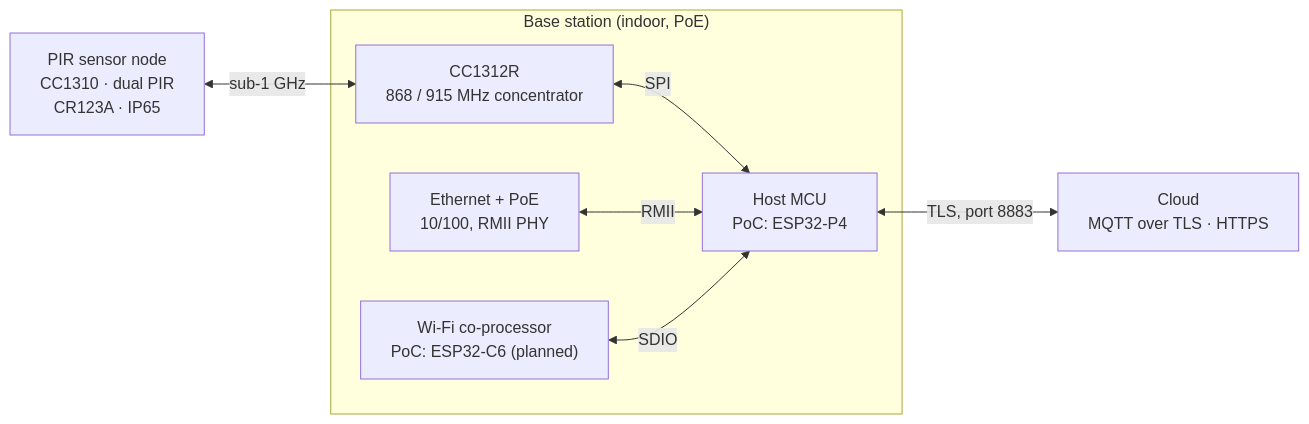
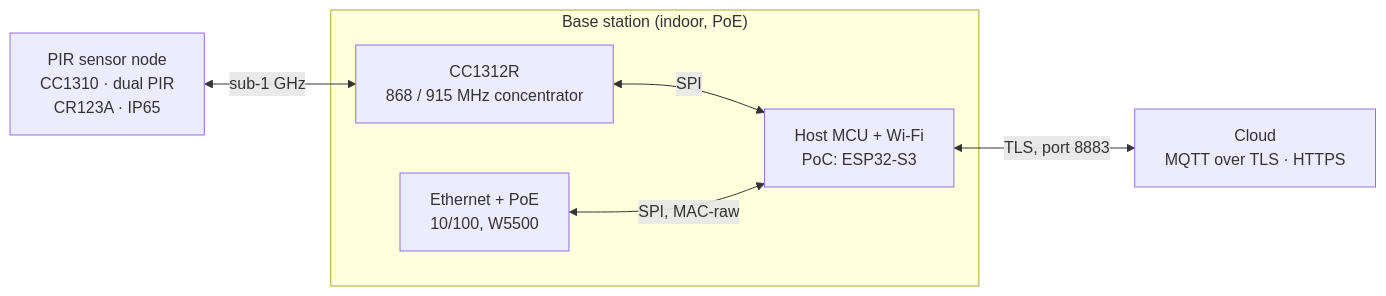
The diagram in docs/hardware-design-brief.mdx (paulb-firebolt/sensor-station), drawn with Mermaid before and after one commit. The commit also changed other lines of this file and 1 other file, not shown here.

First line of the commit message:
[doc] Base station PoC is now the ESP32-S3: design brief and coordinator

````diff
--- a/docs/hardware-design-brief.mdx
+++ b/docs/hardware-design-brief.mdx
@@ -68,16 +68,14 @@
 ```mermaid
 flowchart LR
     S["PIR sensor node<br/>CC1310 · dual PIR<br/>CR123A · IP65"]
     subgraph B["Base station (indoor, PoE)"]
         CC["CC1312R<br/>868 / 915 MHz concentrator"]
-        H["Host MCU<br/>PoC: ESP32-P4"]
-        E["Ethernet + PoE<br/>10/100, RMII PHY"]
-        W["Wi-Fi co-processor<br/>PoC: ESP32-C6 (planned)"]
+        H["Host MCU + Wi-Fi<br/>PoC: ESP32-S3"]
+        E["Ethernet + PoE<br/>10/100, W5500"]
         CC <-->|SPI| H
-        E <-->|RMII| H
-        W <-->|SDIO| H
+        E <-->|SPI, MAC-raw| H
     end
     C["Cloud<br/>MQTT over TLS · HTTPS"]
     S <-->|sub-1 GHz| CC
     H <-->|TLS, port 8883| C
 ```
````
